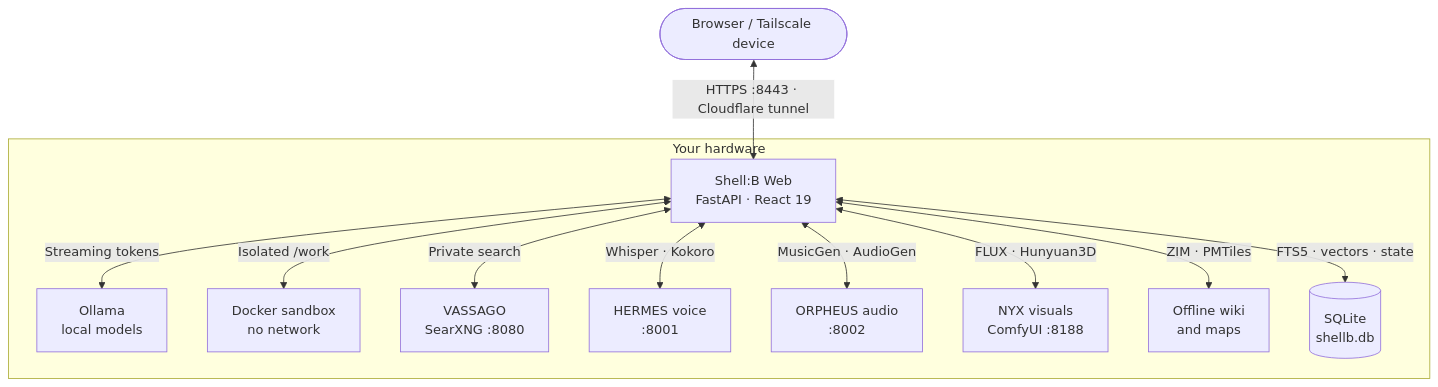
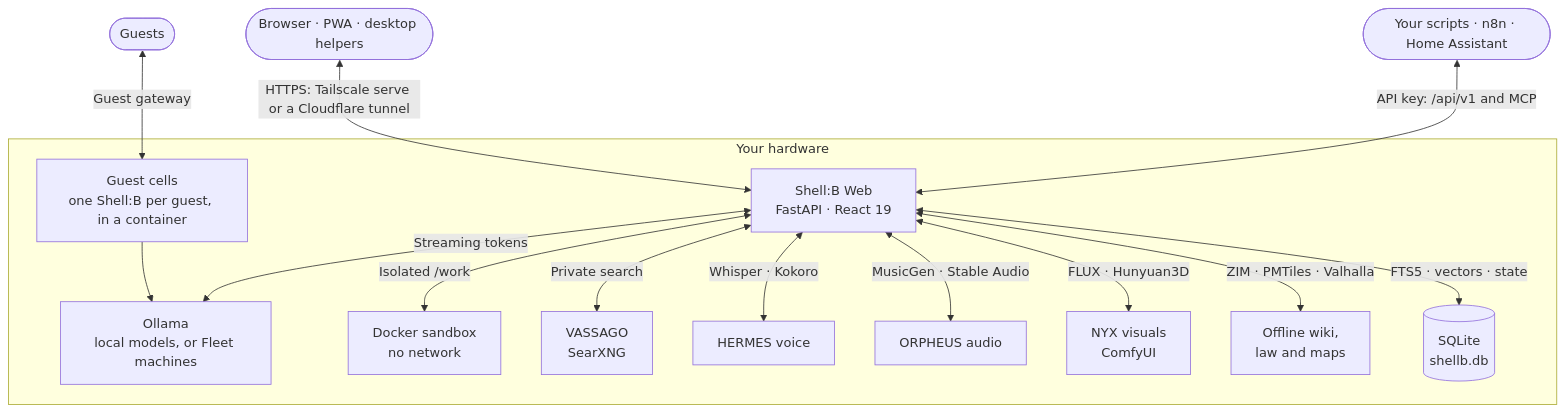
Before and after one commit to ShellB-App/Shell-B: the diagram in README.md, drawn with Mermaid. The commit also changed other lines of this file and 11 other files, not shown here.

````diff
--- a/README.md
+++ b/README.md
@@ -117,15 +141,18 @@
 ```mermaid
 flowchart TD
-    User(["Browser / Tailscale device"]) <-->|"HTTPS :8443 · Cloudflare tunnel"| Web["Shell:B Web<br/>FastAPI · React 19"]
+    User(["Browser · PWA · desktop helpers"]) <-->|"HTTPS: Tailscale serve or a Cloudflare tunnel"| Web["Shell:B Web<br/>FastAPI · React 19"]
+    Scripts(["Your scripts · n8n · Home Assistant"]) <-->|"API key: /api/v1 and MCP"| Web
+    Guests(["Guests"]) <-->|"Guest gateway"| Cells["Guest cells<br/>one Shell:B per guest, in a container"]
 
     subgraph Local ["Your hardware"]
-        Web <-->|"Streaming tokens"| Ollama["Ollama<br/>local models"]
+        Web <-->|"Streaming tokens"| Ollama["Ollama<br/>local models, or Fleet machines"]
         Web <-->|"Isolated /work"| Sandbox["Docker sandbox<br/>no network"]
-        Web <-->|"Private search"| Vassago["VASSAGO<br/>SearXNG :8080"]
-        Web <-->|"Whisper · Kokoro"| Hermes["HERMES voice<br/>:8001"]
-        Web <-->|"MusicGen · AudioGen"| Orpheus["ORPHEUS audio<br/>:8002"]
-        Web <-->|"FLUX · Hunyuan3D"| Nyx["NYX visuals<br/>ComfyUI :8188"]
-        Web <-->|"ZIM · PMTiles"| Kiwix["Offline wiki<br/>and maps"]
+        Web <-->|"Private search"| Vassago["VASSAGO<br/>SearXNG"]
+        Web <-->|"Whisper · Kokoro"| Hermes["HERMES voice"]
+        Web <-->|"MusicGen · Stable Audio"| Orpheus["ORPHEUS audio"]
+        Web <-->|"FLUX · Hunyuan3D"| Nyx["NYX visuals<br/>ComfyUI"]
+        Web <-->|"ZIM · PMTiles · Valhalla"| Kiwix["Offline wiki,<br/>law and maps"]
         Web <-->|"FTS5 · vectors · state"| DB[("SQLite<br/>shellb.db")]
+        Cells --> Ollama
     end
 ```
````
